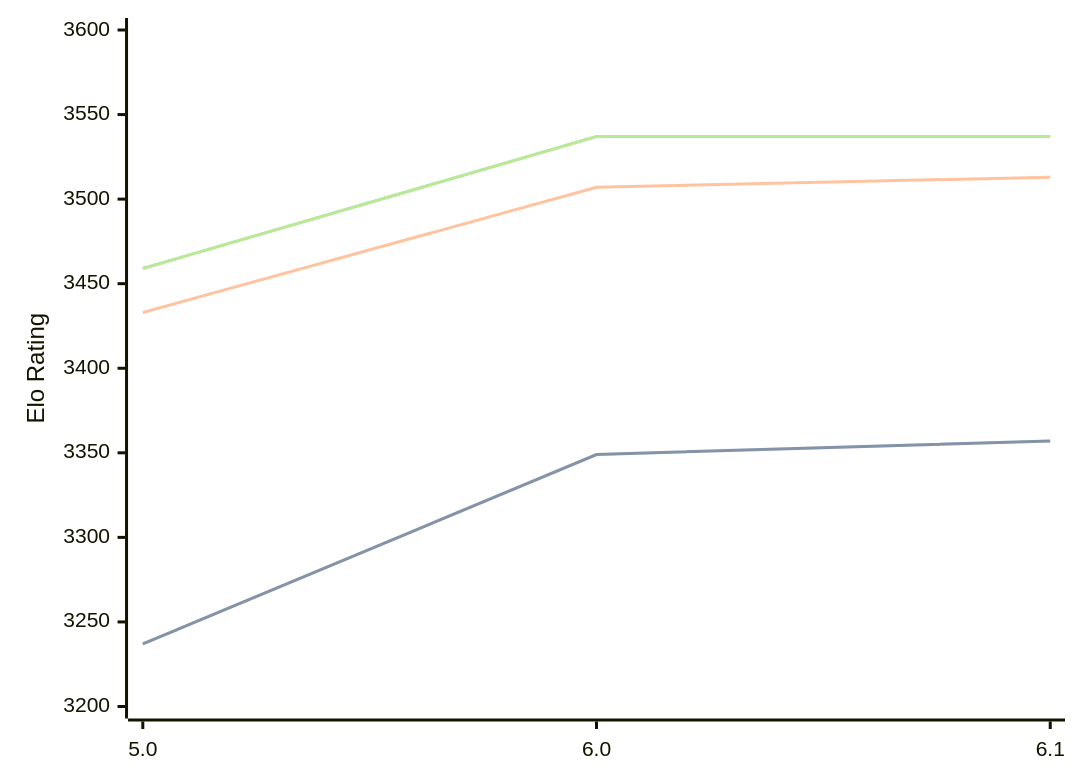
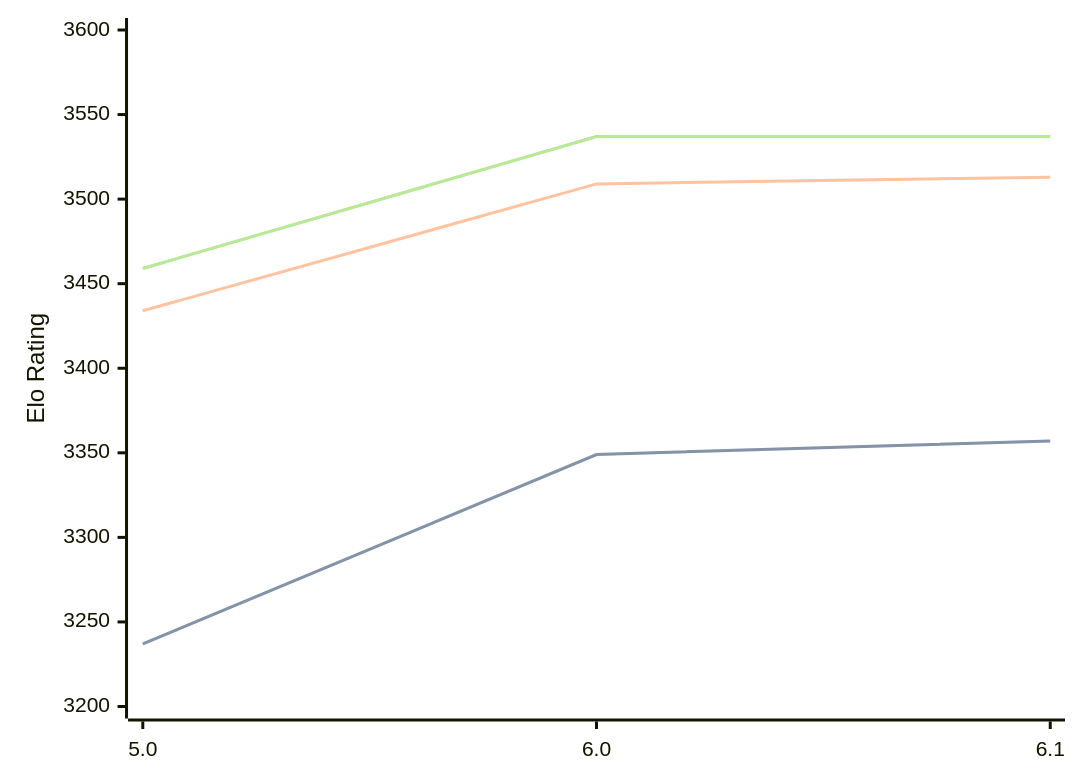
Before and after one commit to computer-chess-index/cci: the diagram in engines/Starzix.md, drawn with Mermaid. The commit also changed other lines of this file, not shown here.

````diff
--- a/engines/Starzix.md
+++ b/engines/Starzix.md
@@ -37,11 +37,11 @@
 ```mermaid
 %%{init: {"theme":"base","themeVariables":{"seriesColors:['#a3a3a3','#222221','#faa371']}}}%%
 xychart-beta
   x-axis ["5.0", "6.0", "6.1"]
   y-axis "Elo Rating" 3200 --> 3600
   line "STC (8.0+0.08s)" [3237, 3349, 3357]
   line "STC (8.0+0.08s)" [3237, 3349, 3357]
-  line "LTC (60.0+0.60s)" [3433, 3507, 3513]
+  line "LTC (60.0+0.60s)" [3434, 3509, 3513]
   line "VLTC (2m24s+1.12s)" [3459, 3537, 3537]
   line "VLTC (2m24s+1.12s)" [3459, 3537, 3537]
 ```
````
